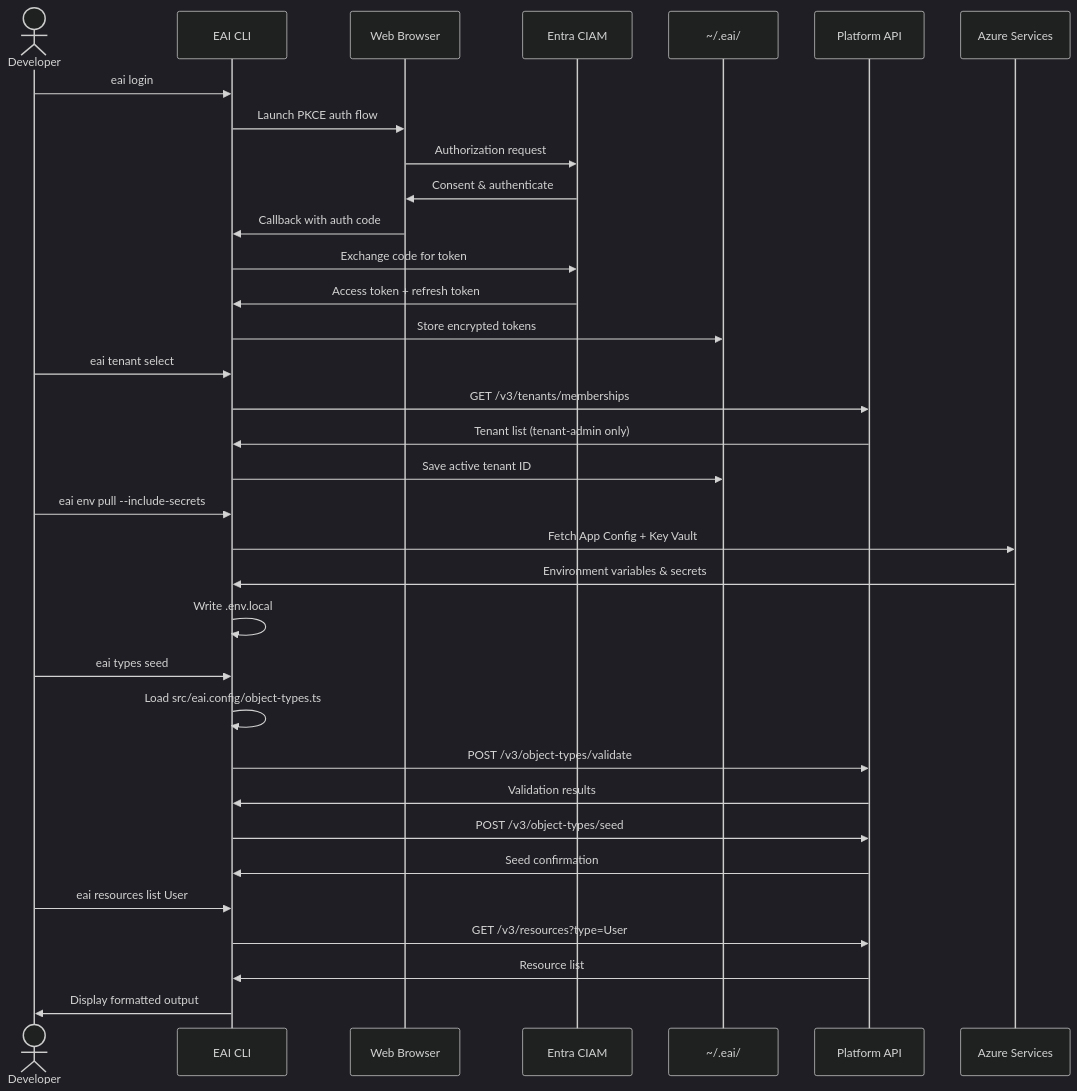
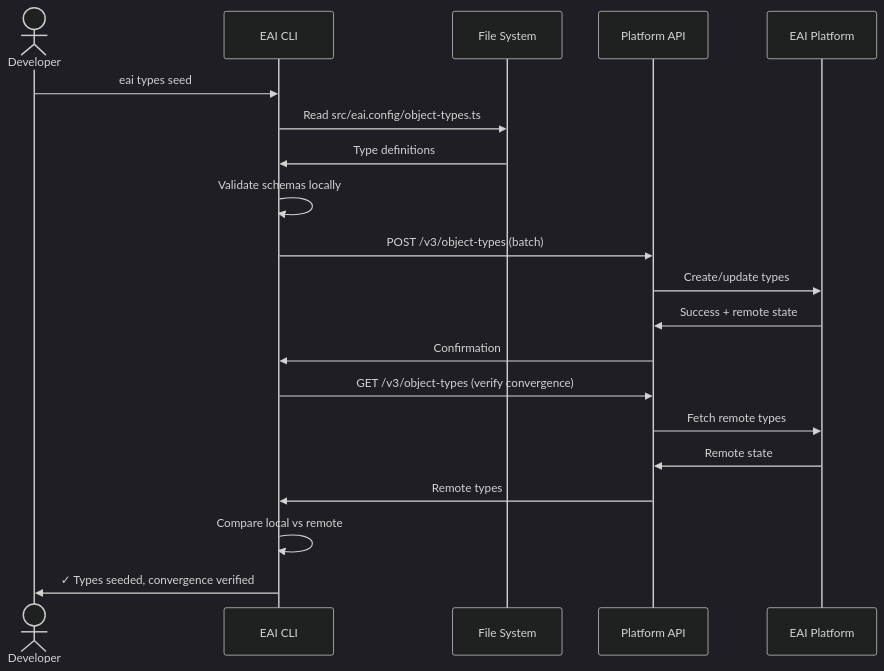
One commit to eai-support/eai changed the fourth of 5 diagrams in .tech-docs/architecture.md. Above: the diagram before and after it, drawn with Mermaid (dark theme). The commit also changed other lines of this file and 11 other files, not shown here.

````diff
--- a/.tech-docs/architecture.md
+++ b/.tech-docs/architecture.md
@@ -60,41 +258,23 @@
 ```mermaid
 sequenceDiagram
     actor Dev as Developer
     participant CLI as EAI CLI
-    participant Browser as Web Browser
-    participant Entra as Entra CIAM
-    participant Local as ~/.eai/
+    participant FS as File System
     participant API as Platform API
-    participant Azure as Azure Services
-    
-    Dev->>CLI: eai login
-    CLI->>Browser: Launch PKCE auth flow
-    Browser->>Entra: Authorization request
-    Entra->>Browser: Consent & authenticate
-    Browser->>CLI: Callback with auth code
-    CLI->>Entra: Exchange code for token
-    Entra->>CLI: Access token + refresh token
-    CLI->>Local: Store encrypted tokens
-    
-    Dev->>CLI: eai tenant select
-    CLI->>API: GET /v3/tenants/memberships
-    API->>CLI: Tenant list (tenant-admin only)
-    CLI->>Local: Save active tenant ID
-    
-    Dev->>CLI: eai env pull --include-secrets
-    CLI->>Azure: Fetch App Config + Key Vault
-    Azure->>CLI: Environment variables & secrets
-    CLI->>CLI: Write .env.local
+    participant Platform as EAI Platform
     
     Dev->>CLI: eai types seed
-    CLI->>CLI: Load src/eai.config/object-types.ts
-    CLI->>API: POST /v3/object-types/validate
-    API->>CLI: Validation results
-    CLI->>API: POST /v3/object-types/seed
-    API->>CLI: Seed confirmation
-    
-    Dev->>CLI: eai resources list User
-    CLI->>API: GET /v3/resources?type=User
-    API->>CLI: Resource list
-    CLI->>Dev: Display formatted output
+    CLI->>FS: Read src/eai.config/object-types.ts
+    FS->>CLI: Type definitions
+    CLI->>CLI: Validate schemas locally
+    CLI->>API: POST /v3/object-types (batch)
+    API->>Platform: Create/update types
+    Platform->>API: Success + remote state
+    API->>CLI: Confirmation
+    CLI->>API: GET /v3/object-types (verify convergence)
+    API->>Platform: Fetch remote types
+    Platform->>API: Remote state
+    API->>CLI: Remote types
+    CLI->>CLI: Compare local vs remote
+    CLI->>Dev: ✓ Types seeded, convergence verified
 ```
````
